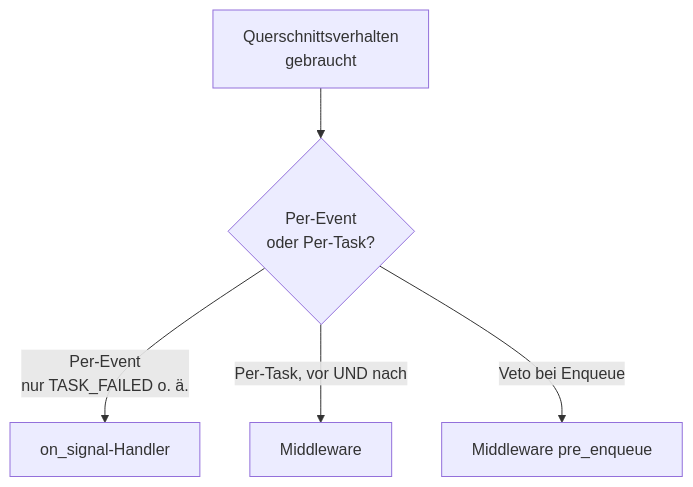
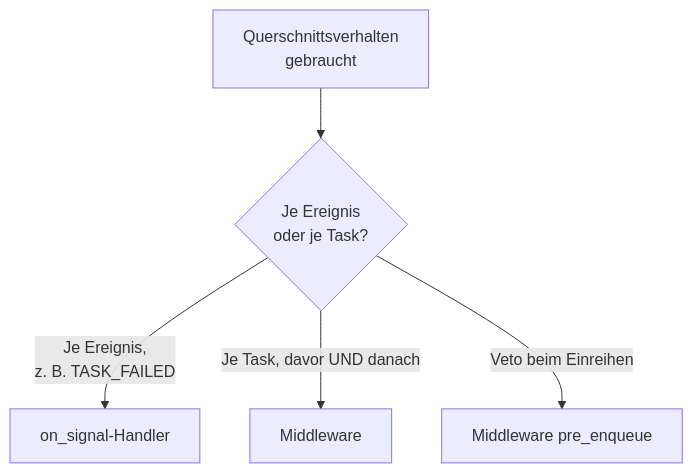
Before and after one commit to Schorschofwill/swarmq: the seventh of 9 diagrams in website/reference/agent/decision-trees.de.md, drawn with Mermaid. The commit also changed other lines of this file and 84 other files, not shown here.

````diff
--- a/website/reference/agent/decision-trees.de.md
+++ b/website/reference/agent/decision-trees.de.md
@@ -161,7 +194,7 @@
 ```mermaid
 flowchart TD
-    A[Querschnittsverhalten<br/>gebraucht] --> B{Per-Event<br/>oder Per-Task?}
-    B -->|Per-Event<br/>nur TASK_FAILED o. ä.| C[on_signal-Handler]
-    B -->|Per-Task, vor UND nach| D[Middleware]
-    B -->|Veto bei Enqueue| E[Middleware pre_enqueue]
+    A[Querschnittsverhalten<br/>gebraucht] --> B{Je Ereignis<br/>oder je Task?}
+    B -->|Je Ereignis,<br/>z. B. TASK_FAILED| C[on_signal-Handler]
+    B -->|Je Task, davor UND danach| D[Middleware]
+    B -->|Veto beim Einreihen| E[Middleware pre_enqueue]
 ```
````
